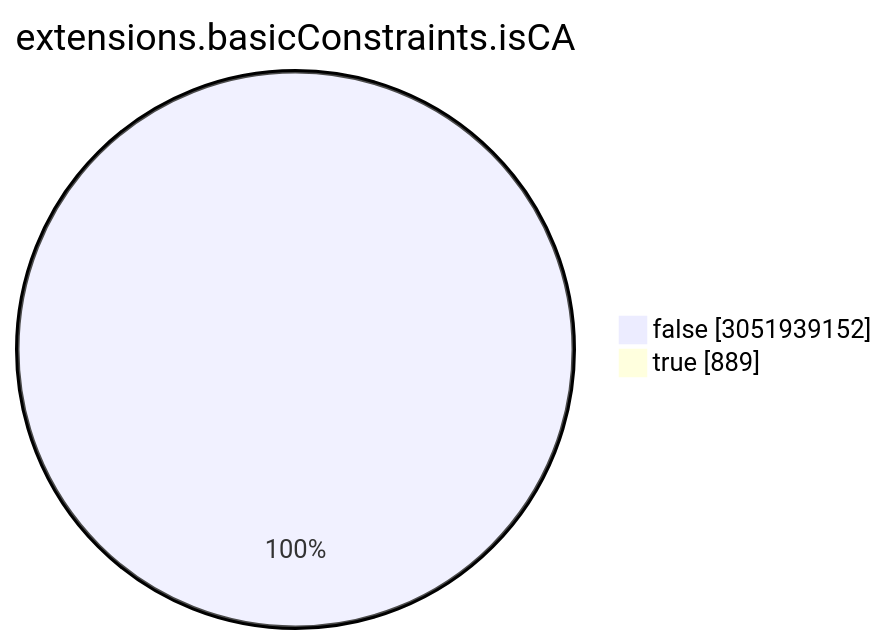
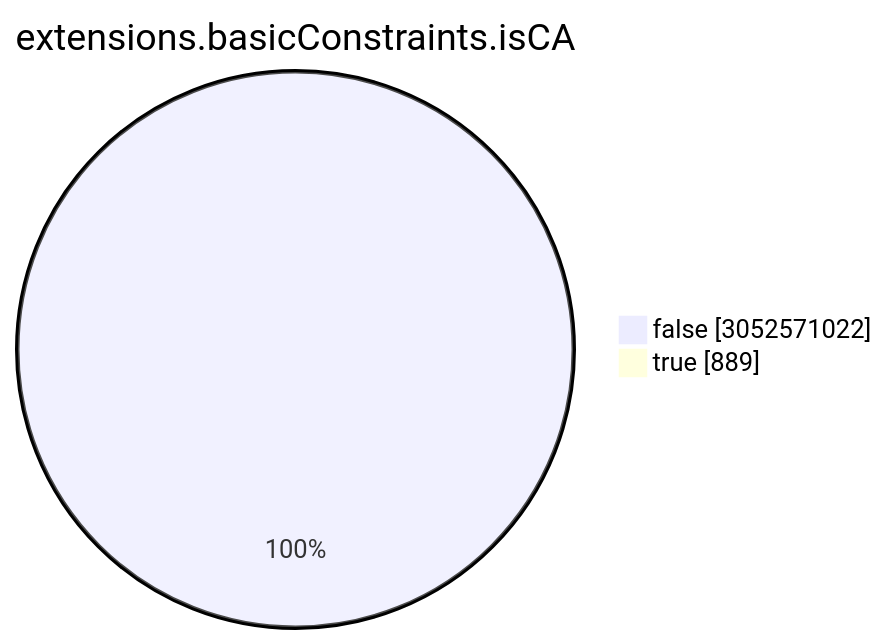
Before and after one commit to christiankrug/ctmonitor_visualization: the seventh of 15 diagrams in TOTAL/README.md, drawn with Mermaid. The commit also changed other lines of this file, not shown here.

````diff
--- a/TOTAL/README.md
+++ b/TOTAL/README.md
@@ -3088,6 +3088,6 @@
 ```mermaid
 pie showData
 title extensions.basicConstraints.isCA
-"false" :3051939152
+"false" :3052571022
 "true" :889
 ```
````
